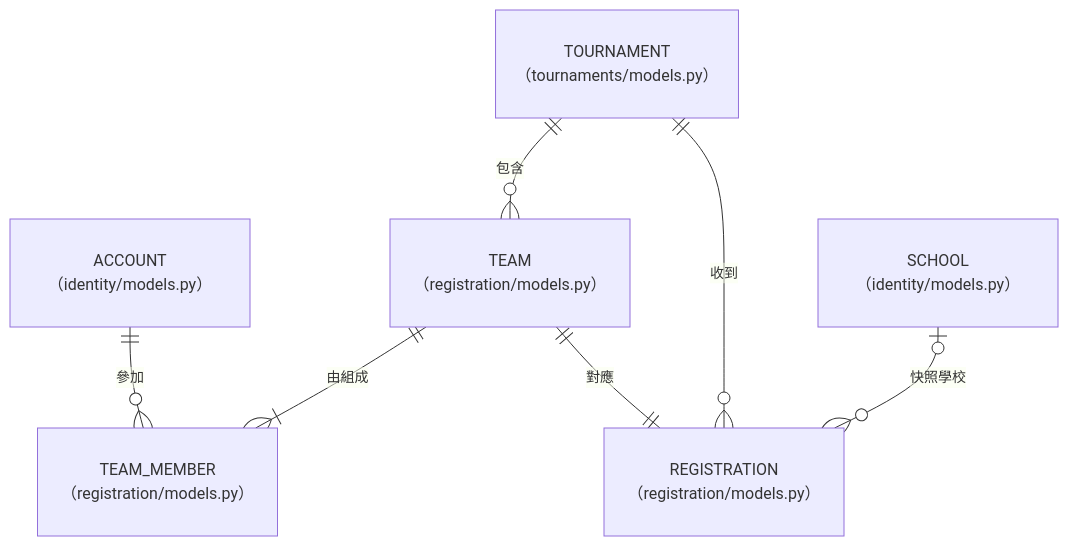
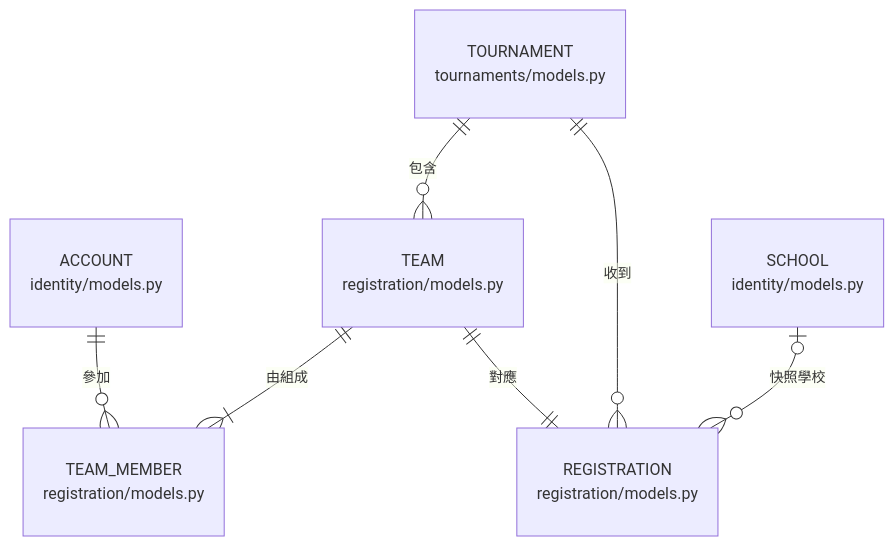
One commit to Team14good/esport-platform changed the sixth of 19 diagrams in docs/midterm/B-軟體需求分析文件.md. Above: the diagram before and after it, drawn with Mermaid. The commit also changed other lines of this file and 27 other files, not shown here.

First line of the commit message:
docs: B、C、D 其餘的圖全部對照程式標註 (#92)

````diff
--- a/docs/midterm/B-軟體需求分析文件.md
+++ b/docs/midterm/B-軟體需求分析文件.md
@@ -722,15 +741,15 @@
 ```mermaid
 erDiagram
-  ACCOUNT["ACCOUNT（identity/models.py）"]
-  SCHOOL["SCHOOL（identity/models.py）"]
-  TOURNAMENT["TOURNAMENT（tournaments/models.py）"]
-  TEAM["TEAM（registration/models.py）"]
-  TEAM_MEMBER["TEAM_MEMBER（registration/models.py）"]
-  REGISTRATION["REGISTRATION（registration/models.py）"]
+  ACCOUNT["ACCOUNT<br/>identity/models.py"]
+  SCHOOL["SCHOOL<br/>identity/models.py"]
+  TOURNAMENT["TOURNAMENT<br/>tournaments/models.py"]
+  TEAM["TEAM<br/>registration/models.py"]
+  TEAM_MEMBER["TEAM_MEMBER<br/>registration/models.py"]
+  REGISTRATION["REGISTRATION<br/>registration/models.py"]
   ACCOUNT ||--o{ TEAM_MEMBER : "參加"
   TEAM ||--|{ TEAM_MEMBER : "由組成"
   TOURNAMENT ||--o{ TEAM : "包含"
   TEAM ||--|| REGISTRATION : "對應"
   TOURNAMENT ||--o{ REGISTRATION : "收到"
   SCHOOL |o--o{ REGISTRATION : "快照學校"
 ```
````
